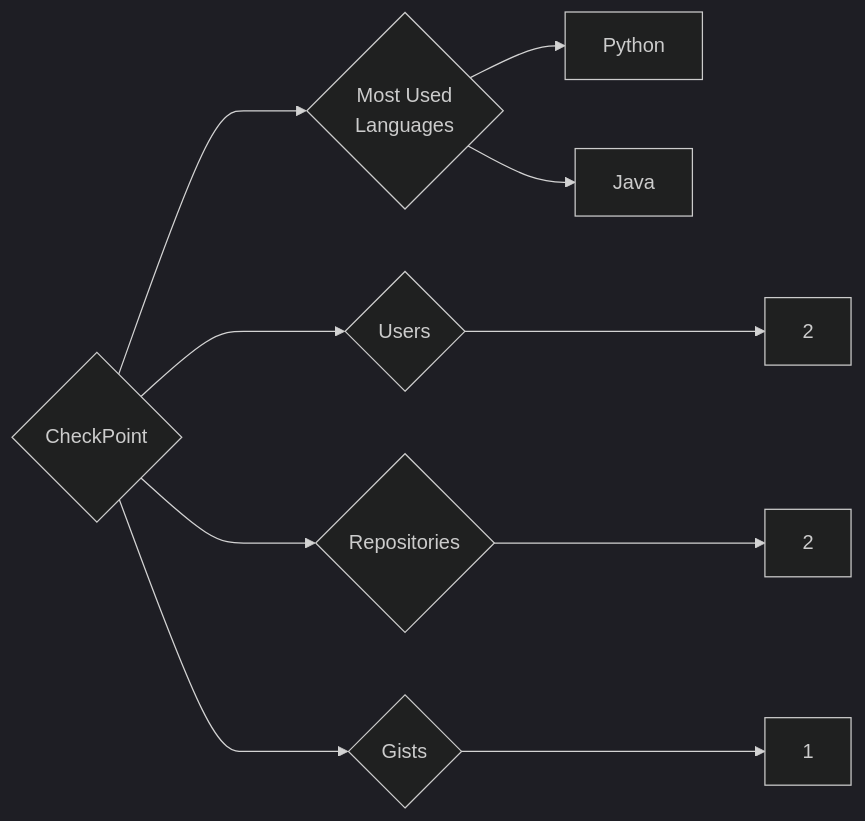
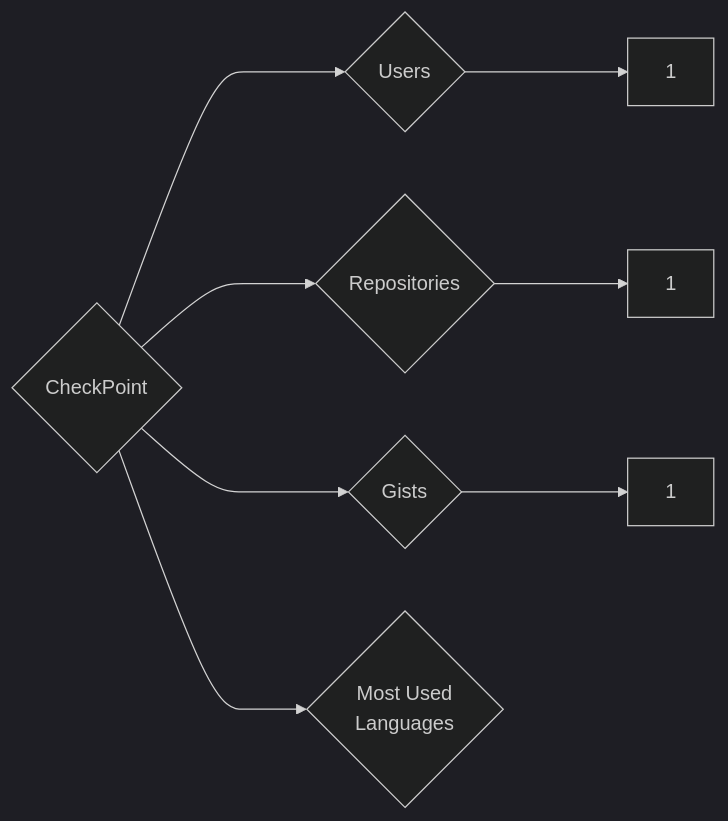
One commit to trickest/insiders changed the diagram in targets/CheckPoint/README.md. Above: the diagram before and after it, drawn with Mermaid (dark theme). The commit also changed 942 other files, not shown here.

````diff
--- a/targets/CheckPoint/README.md
+++ b/targets/CheckPoint/README.md
@@ -3,10 +3,8 @@
 ```mermaid
 graph LR
 COMPANY_NAME{CheckPoint}
-COMPANY_NAME ---> U{Users} ---> UN[2]
-COMPANY_NAME ---> R{Repositories} ---> RN[2]
+COMPANY_NAME ---> U{Users} ---> UN[1]
+COMPANY_NAME ---> R{Repositories} ---> RN[1]
 COMPANY_NAME ---> G{Gists} ---> GN[1]
 COMPANY_NAME ---> ML{Most Used<br>Languages}
-ML --> Python[Python]
-ML --> Java[Java]
 ```
````
